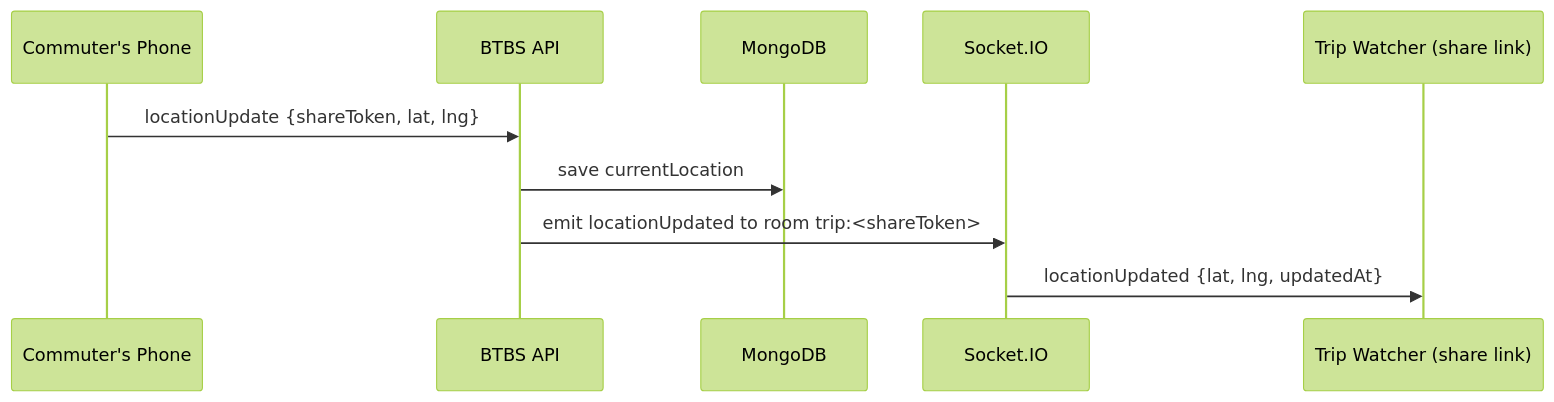
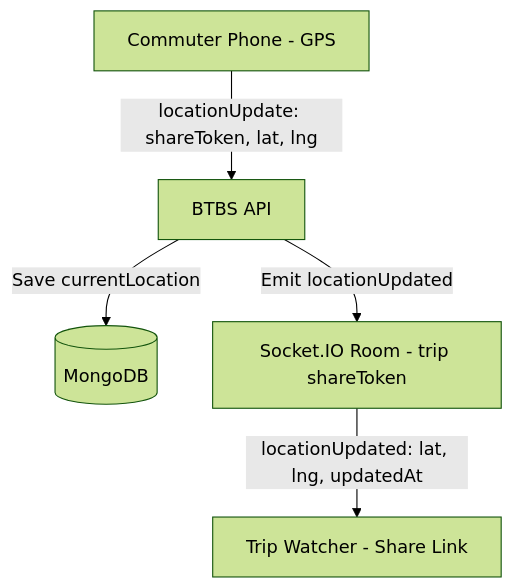
The third of 4 diagrams in README.md (kizito67/BTBS-BACKEND), drawn with Mermaid (forest theme) before and after one commit. The commit also changed other lines of this file, not shown here.

````diff
--- a/README.md
+++ b/README.md
@@ -94,13 +94,7 @@
 ```mermaid
-sequenceDiagram
-    participant Phone as Commuter's Phone
-    participant API as BTBS API
-    participant DB as MongoDB
-    participant IO as Socket.IO
-    participant Watcher as Trip Watcher (share link)
-
-    Phone->>API: locationUpdate {shareToken, lat, lng}
-    API->>DB: save currentLocation
-    API->>IO: emit locationUpdated to room trip:<shareToken>
-    IO->>Watcher: locationUpdated {lat, lng, updatedAt}
+graph TD
+    Phone[Commuter Phone - GPS] -->|locationUpdate: shareToken, lat, lng| API[BTBS API]
+    API -->|Save currentLocation| DB[(MongoDB)]
+    API -->|Emit locationUpdated| Room[Socket.IO Room - trip shareToken]
+    Room -->|locationUpdated: lat, lng, updatedAt| Watcher[Trip Watcher - Share Link]
 ```
````
